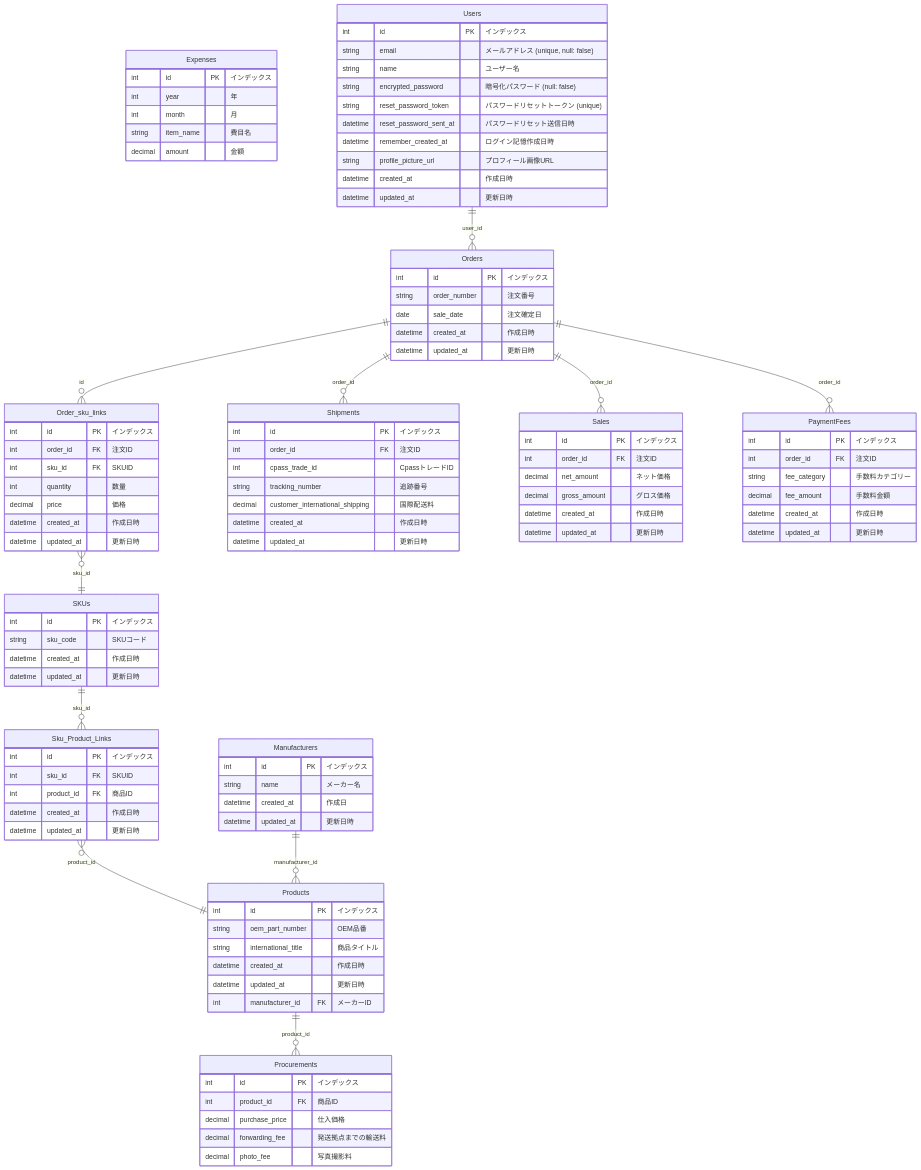
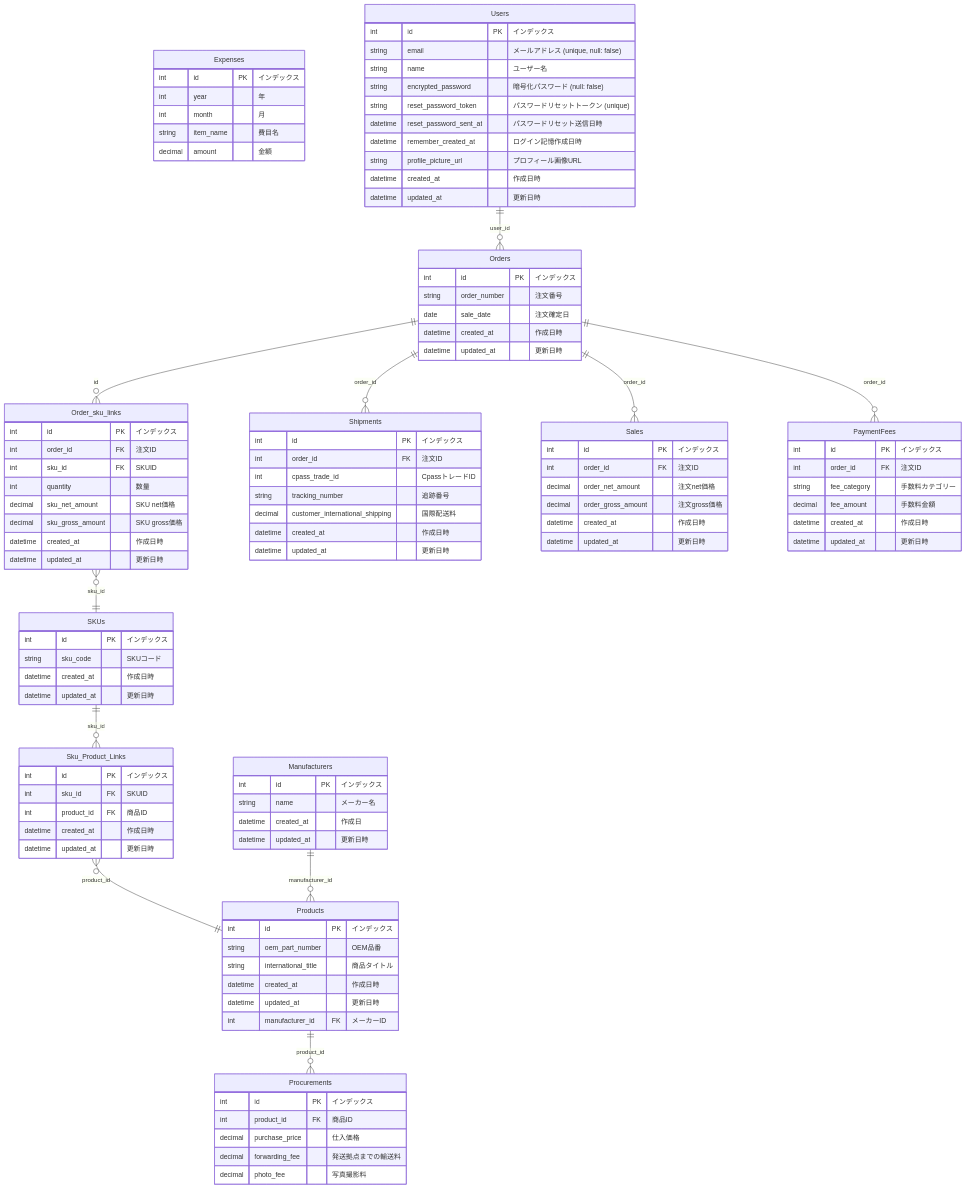
The diagram in mermaid.mmd (masaengineer/parts-sync-tool), drawn with Mermaid before and after one commit. The commit also changed 17 other files, not shown here.

```diff
--- a/mermaid.mmd
+++ b/mermaid.mmd
@@ -1,117 +1,118 @@
 erDiagram
     Orders {
         int id PK "インデックス"
         string order_number "注文番号"
         date sale_date "注文確定日"
         datetime created_at "作成日時"
         datetime updated_at "更新日時"
     }
 
     Order_sku_links {
         int id PK "インデックス"
         int order_id FK "注文ID"
         int sku_id FK "SKUID"
         int quantity "数量"
-        decimal price "価格"
+        decimal sku_net_amount "SKU net価格"
+        decimal sku_gross_amount "SKU gross価格"
         datetime created_at "作成日時"
         datetime updated_at "更新日時"
     }
 
     SKUs {
         int id PK "インデックス"
         string sku_code "SKUコード"
         datetime created_at "作成日時"
         datetime updated_at "更新日時"
     }
 
     Sku_Product_Links {
         int id PK "インデックス"
         int sku_id FK "SKUID"
         int product_id FK "商品ID"
         datetime created_at "作成日時"
         datetime updated_at "更新日時"
     }
 
     Products {
         int id PK "インデックス"
         string oem_part_number "OEM品番"
         string international_title "商品タイトル"
         datetime created_at "作成日時"
         datetime updated_at "更新日時"
         int manufacturer_id FK "メーカーID"
     }
 
     Manufacturers {
         int id PK "インデックス"
         string name "メーカー名"
         datetime created_at "作成日"
         datetime updated_at "更新日時"
     }
 
     Shipments {
         int id PK "インデックス"
         int order_id FK "注文ID"
         int cpass_trade_id "CpassトレードID"
         string tracking_number "追跡番号"
         decimal customer_international_shipping "国際配送料"
         datetime created_at "作成日時"
         datetime updated_at "更新日時"
     }
 
     Procurements {
         int id PK "インデックス"
         int product_id FK "商品ID"
         decimal purchase_price "仕入価格"
         decimal forwarding_fee "発送拠点までの輸送料"
         decimal photo_fee "写真撮影料"
     }
 
     Sales {
         int id PK "インデックス"
         int order_id FK "注文ID"
-        decimal net_amount "ネット価格"
-        decimal gross_amount "グロス価格"
+        decimal order_net_amount "注文net価格"
+        decimal order_gross_amount "注文gross価格"
         datetime created_at "作成日時"
         datetime updated_at "更新日時"
     }
 
     PaymentFees {
         int id PK "インデックス"
         int order_id FK "注文ID"
         string fee_category "手数料カテゴリー"
         decimal fee_amount "手数料金額"
         datetime created_at "作成日時"
         datetime updated_at "更新日時"
     }
 
     Expenses {
         int id PK "インデックス"
         int year "年"
         int month "月"
         string item_name "費目名"
         decimal amount "金額"
     }
 
     Users {
         int id PK "インデックス"
         string email "メールアドレス (unique, null: false)"
         string name "ユーザー名"
         string encrypted_password "暗号化パスワード (null: false)"
         string reset_password_token "パスワードリセットトークン (unique)"
         datetime reset_password_sent_at "パスワードリセット送信日時"
         datetime remember_created_at "ログイン記憶作成日時"
         string profile_picture_url "プロフィール画像URL"
         datetime created_at "作成日時"
         datetime updated_at "更新日時"
     }
 
     Orders ||--o{ Order_sku_links : "id"
     Order_sku_links }o--|| SKUs : "sku_id"
     Users ||--o{ Orders : "user_id"
     SKUs ||--o{ Sku_Product_Links : "sku_id"
     Sku_Product_Links }o--|| Products : "product_id"
     Orders ||--o{ Shipments : "order_id"
     Orders ||--o{ Sales : "order_id"
     Orders ||--o{ PaymentFees : "order_id"
     Manufacturers ||--o{ Products : "manufacturer_id"
     Products ||--o{ Procurements : "product_id"
```
